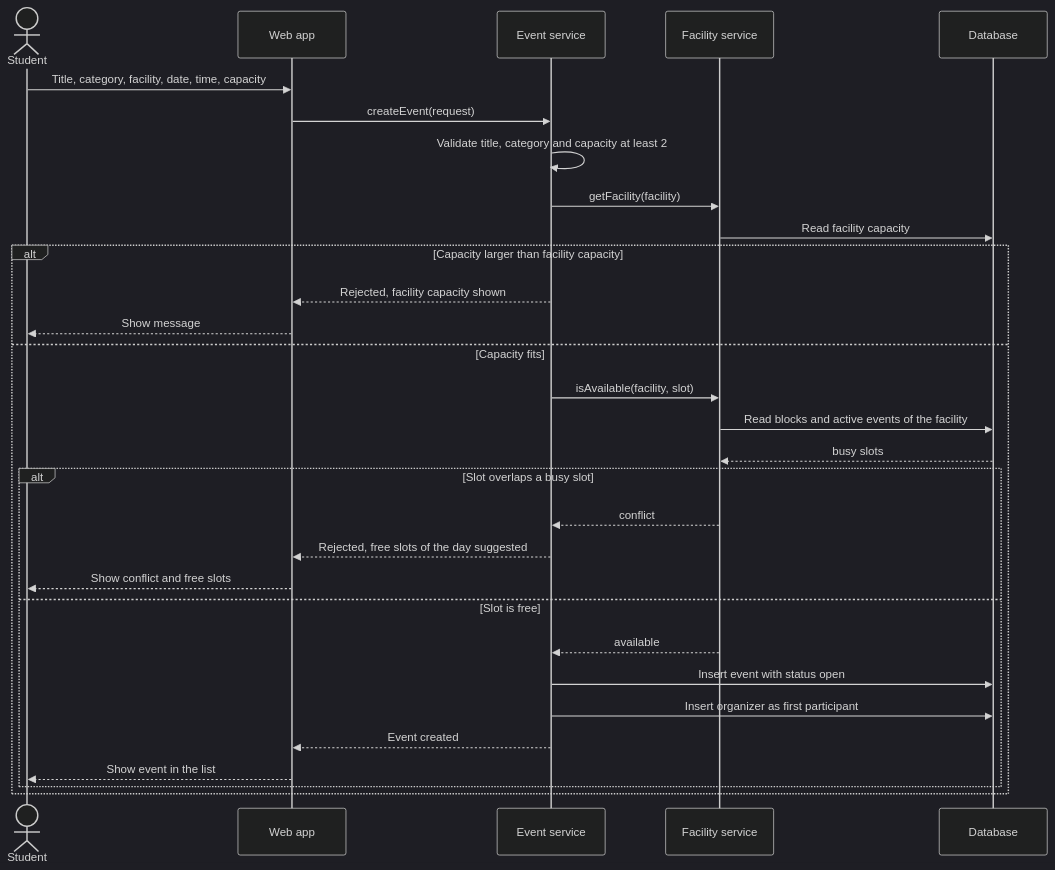
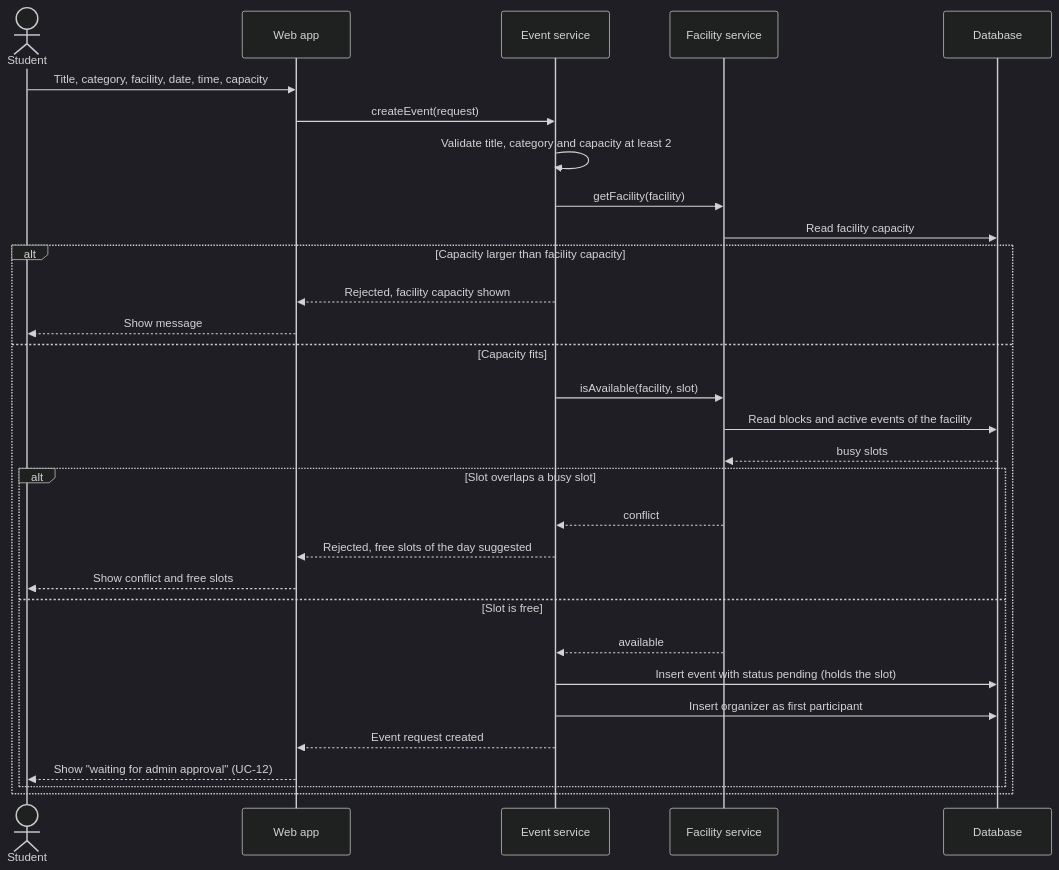
The fourth of 8 diagrams in docs/requirement_analysis_report.md (emir-heval-arda-harun/CMPE-331-project), drawn with Mermaid (dark theme) before and after one commit. The commit also changed other lines of this file and 56 other files, not shown here.

First line of the commit message:
CR-01: Admin approval of event requests (UC-12)

````diff
--- a/docs/requirement_analysis_report.md
+++ b/docs/requirement_analysis_report.md
@@ -301,33 +310,33 @@
 ```mermaid
 sequenceDiagram
     actor S as Student
     participant W as Web app
     participant ES as Event service
     participant FS as Facility service
     participant D as Database
 
     S->>W: Title, category, facility, date, time, capacity
     W->>ES: createEvent(request)
     ES->>ES: Validate title, category and capacity at least 2
     ES->>FS: getFacility(facility)
     FS->>D: Read facility capacity
     alt Capacity larger than facility capacity
         ES-->>W: Rejected, facility capacity shown
         W-->>S: Show message
     else Capacity fits
         ES->>FS: isAvailable(facility, slot)
         FS->>D: Read blocks and active events of the facility
         D-->>FS: busy slots
         alt Slot overlaps a busy slot
             FS-->>ES: conflict
             ES-->>W: Rejected, free slots of the day suggested
             W-->>S: Show conflict and free slots
         else Slot is free
             FS-->>ES: available
-            ES->>D: Insert event with status open
+            ES->>D: Insert event with status pending (holds the slot)
             ES->>D: Insert organizer as first participant
-            ES-->>W: Event created
-            W-->>S: Show event in the list
+            ES-->>W: Event request created
+            W-->>S: Show "waiting for admin approval" (UC-12)
         end
     end
 ```
````
